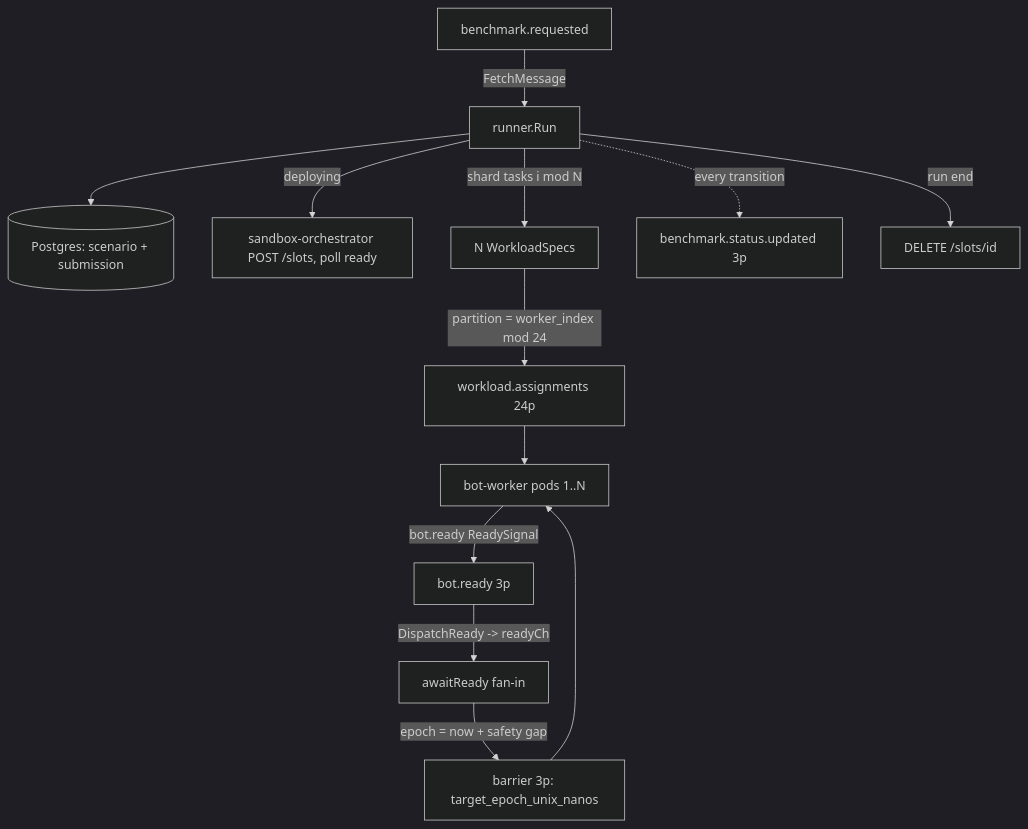
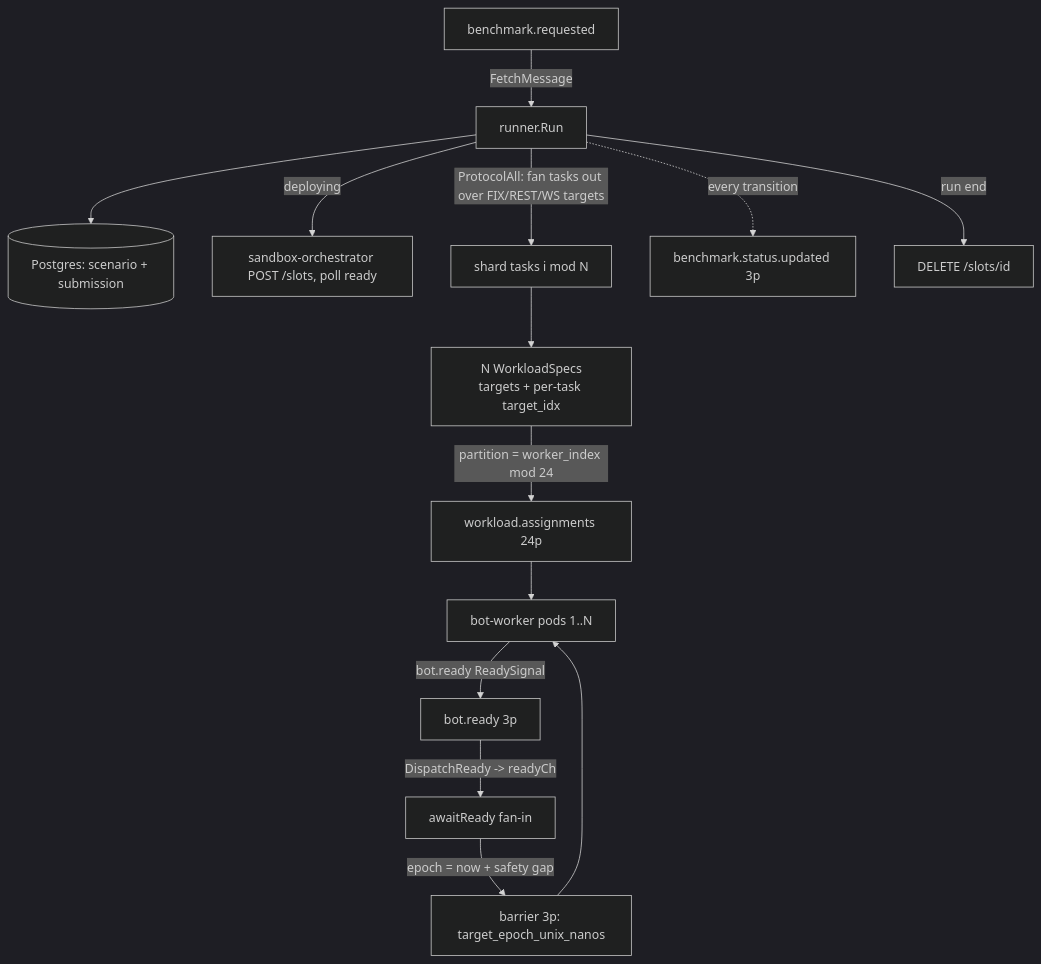
One commit to agrawalx/match-bench changed the sixth of 14 diagrams in docs/architecture/ARCHITECTURE.md. Above: the diagram before and after it, drawn with Mermaid (dark theme). The commit also changed other lines of this file and 1 other file, not shown here.

First line of the commit message:
docs:(architecture) full rewrite in plain documentation prose + multi-contestant audit

````diff
--- a/docs/architecture/ARCHITECTURE.md
+++ b/docs/architecture/ARCHITECTURE.md
@@ -1116,15 +1190,16 @@
 ```mermaid
 flowchart TD
     BR[benchmark.requested] -->|FetchMessage| RUN[runner.Run]
     RUN --> PG[(Postgres: scenario + submission)]
     RUN -->|deploying| ORCH[sandbox-orchestrator POST /slots, poll ready]
-    RUN -->|shard tasks i mod N| SPECS[N WorkloadSpecs]
+    RUN -->|ProtocolAll: fan tasks out over FIX/REST/WS targets| SHARD[shard tasks i mod N]
+    SHARD --> SPECS[N WorkloadSpecs<br/>targets + per-task target_idx]
     SPECS -->|partition = worker_index mod 24| WA[workload.assignments 24p]
     WA --> WORKERS[bot-worker pods 1..N]
     WORKERS -->|bot.ready ReadySignal| BRDY[bot.ready 3p]
     BRDY -->|DispatchReady -> readyCh| FANIN[awaitReady fan-in]
     FANIN -->|epoch = now + safety gap| BARRIER[barrier 3p: target_epoch_unix_nanos]
     BARRIER --> WORKERS
     RUN -.->|every transition| STATUS[benchmark.status.updated 3p]
     RUN -->|run end| REL[DELETE /slots/id]
 ```
````
